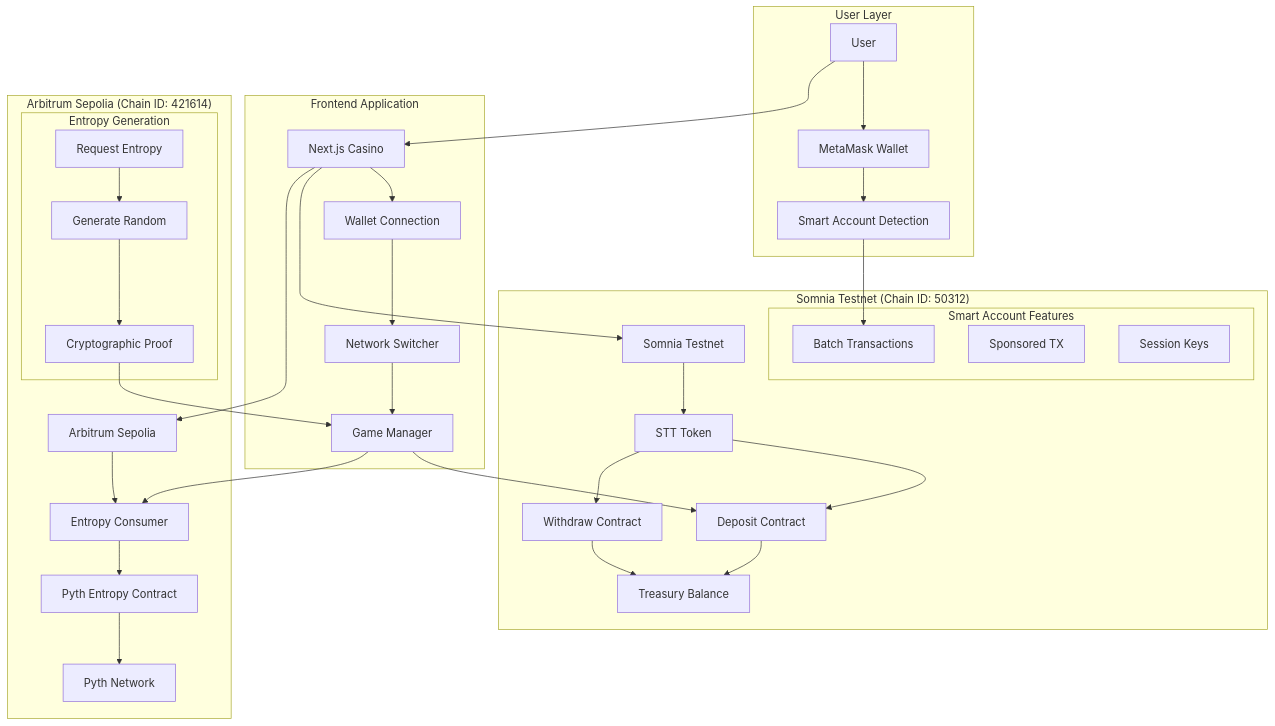
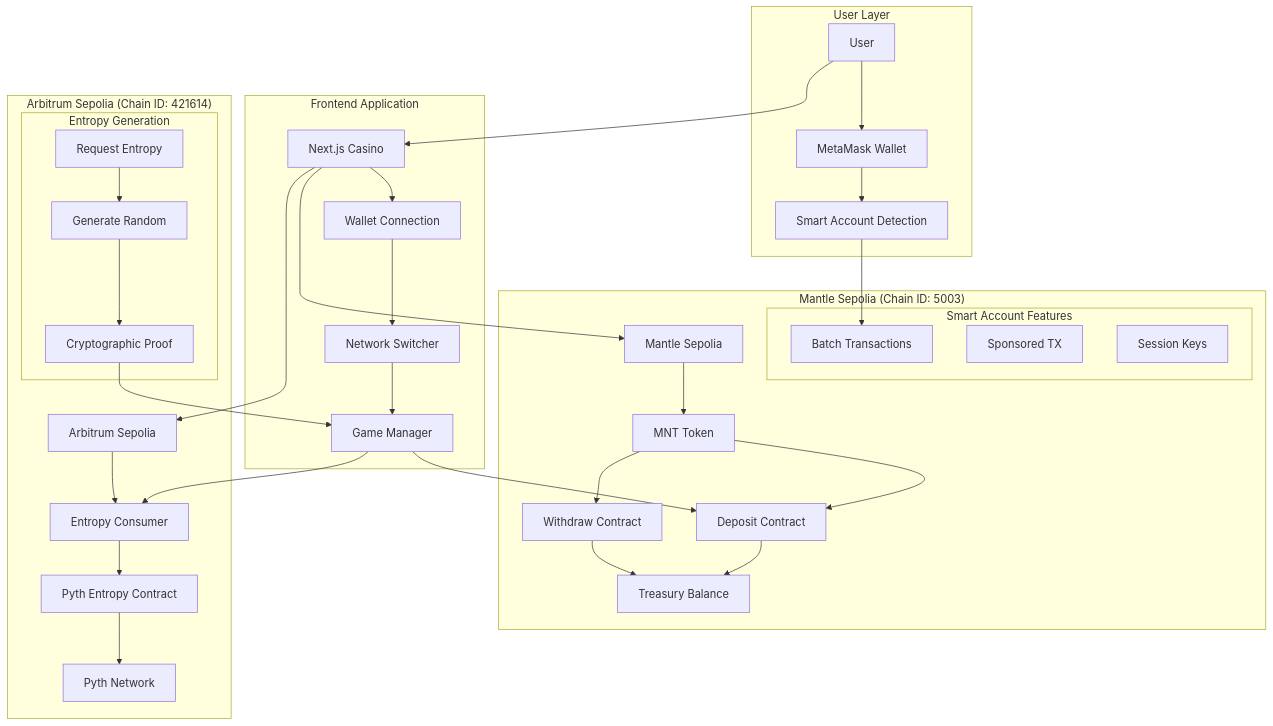
The fourth of 9 diagrams in README.md (AmaanSayyad/APT-Casino-Mantle), drawn with Mermaid before and after one commit. The commit also changed other lines of this file and 9 other files, not shown here.

````diff
--- a/README.md
+++ b/README.md
@@ -322,49 +322,49 @@
 ```mermaid
 graph TB
     subgraph User["User Layer"]
         U[User] --> W[MetaMask Wallet]
         W --> SA[Smart Account Detection]
     end
     
     subgraph Frontend["Frontend Application"]
         F[Next.js Casino] --> WC[Wallet Connection]
         WC --> NS[Network Switcher]
         NS --> GM[Game Manager]
     end
     
-    subgraph Somnia TestnetNet["Somnia Testnet (Chain ID: 50312)"]
-        MT[Somnia Testnet] --> STT[STT Token]
-        STT --> DEP[Deposit Contract]
-        STT --> WITH[Withdraw Contract]
+    subgraph MantleNet["Mantle Sepolia (Chain ID: 5003)"]
+        MT[Mantle Sepolia] --> MNT[MNT Token]
+        MNT --> DEP[Deposit Contract]
+        MNT --> WITH[Withdraw Contract]
         DEP --> TB[Treasury Balance]
         WITH --> TB
         
         subgraph SmartAccount["Smart Account Features"]
             BATCH[Batch Transactions]
             SPONSOR[Sponsored TX]
             SESSION[Session Keys]
         end
     end
     
     subgraph ArbitrumNet["Arbitrum Sepolia (Chain ID: 421614)"]
         AS[Arbitrum Sepolia] --> EC[Entropy Consumer]
         EC --> PE[Pyth Entropy Contract]
         PE --> PN[Pyth Network]
         
         subgraph EntropyFlow["Entropy Generation"]
             REQ[Request Entropy]
             GEN[Generate Random]
             PROOF[Cryptographic Proof]
         end
     end
     
     U --> F
     F --> MT
     F --> AS
     GM --> DEP
     GM --> EC
     SA --> BATCH
     REQ --> GEN
     GEN --> PROOF
     PROOF --> GM
 ```
````
